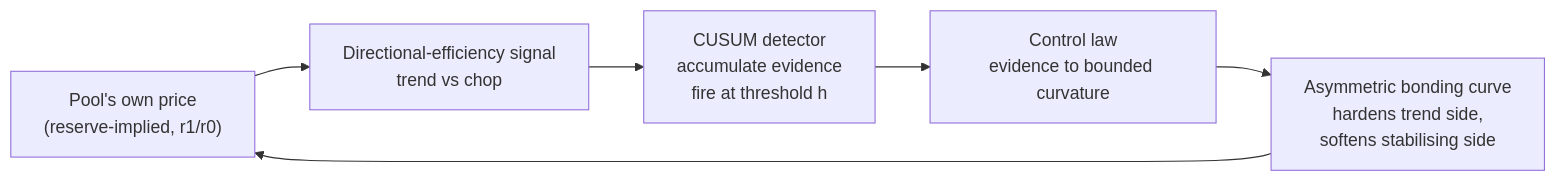
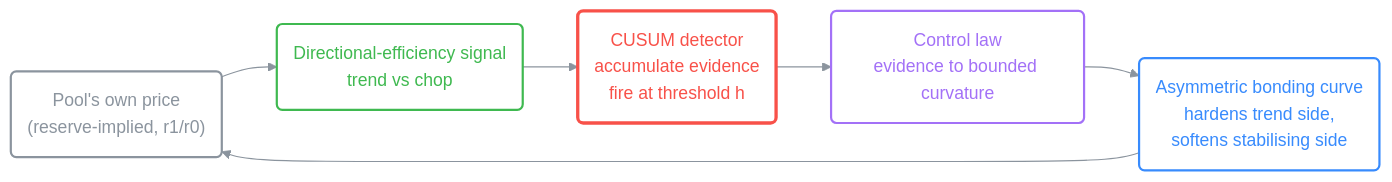
One commit to Prakhar-30/POINCARE changed the first of 5 diagrams in README.md. Above: the diagram before and after it, drawn with Mermaid. The commit also changed other lines of this file, not shown here.

Commit message:
updated the graph stylings next task is frontend

````diff
--- a/README.md
+++ b/README.md
@@ -36,8 +36,19 @@
 ```mermaid
+%%{init: {'theme':'base','themeVariables':{'fontFamily':'ui-monospace, monospace','primaryColor':'transparent','primaryTextColor':'#388bfd','primaryBorderColor':'#8b949e','lineColor':'#8b949e','tertiaryColor':'transparent','clusterBkg':'transparent','clusterBorder':'#8b949e'}}}%%
 flowchart LR
-    PRICE["Pool's own price<br/>(reserve-implied, r1/r0)"] --> SIG["Directional-efficiency signal<br/>trend vs chop"]
-    SIG --> CUSUM["CUSUM detector<br/>accumulate evidence<br/>fire at threshold h"]
-    CUSUM --> LAW["Control law<br/>evidence to bounded curvature"]
-    LAW --> CURVE["Asymmetric bonding curve<br/>hardens trend side,<br/>softens stabilising side"]
+    PRICE("Pool's own price<br/>(reserve-implied, r1/r0)") --> SIG("Directional-efficiency signal<br/>trend vs chop")
+    SIG --> CUSUM("CUSUM detector<br/>accumulate evidence<br/>fire at threshold h")
+    CUSUM --> LAW("Control law<br/>evidence to bounded curvature")
+    LAW --> CURVE("Asymmetric bonding curve<br/>hardens trend side,<br/>softens stabilising side")
     CURVE --> PRICE
+    classDef io stroke:#8b949e,color:#8b949e,stroke-width:2px;
+    classDef sig stroke:#3fb950,color:#3fb950,stroke-width:2px;
+    classDef engine stroke:#f85149,color:#f85149,stroke-width:3px;
+    classDef law stroke:#a371f7,color:#a371f7,stroke-width:2px;
+    classDef curve stroke:#388bfd,color:#388bfd,stroke-width:2px;
+    class PRICE io;
+    class SIG sig;
+    class CUSUM engine;
+    class LAW law;
+    class CURVE curve;
 ```
````
